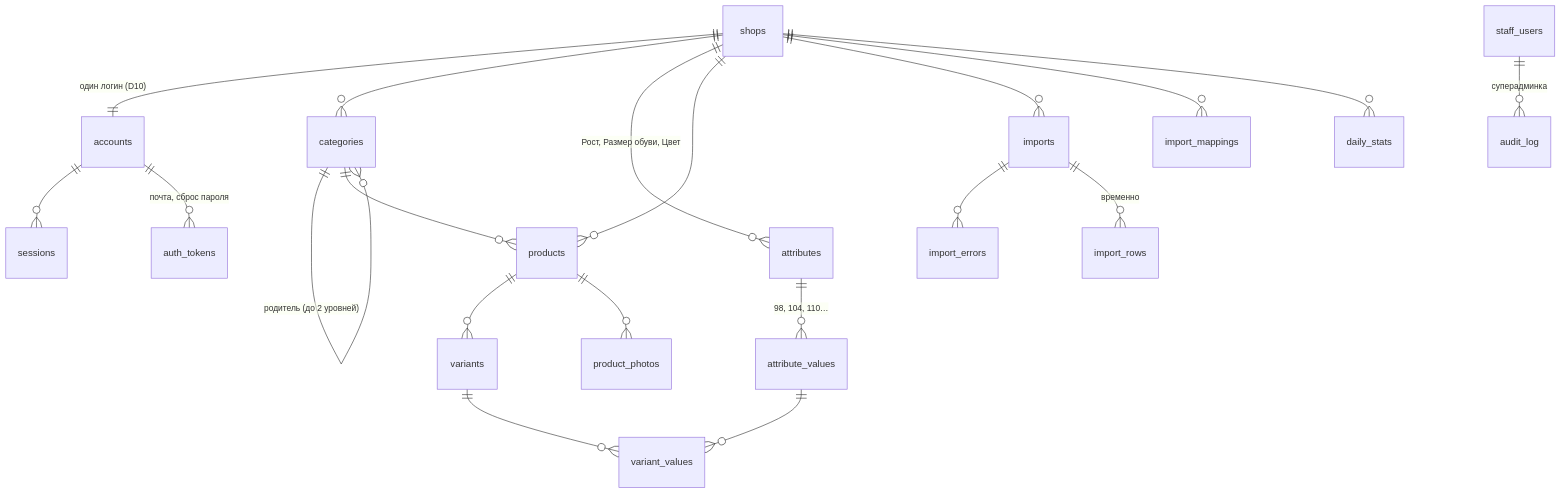
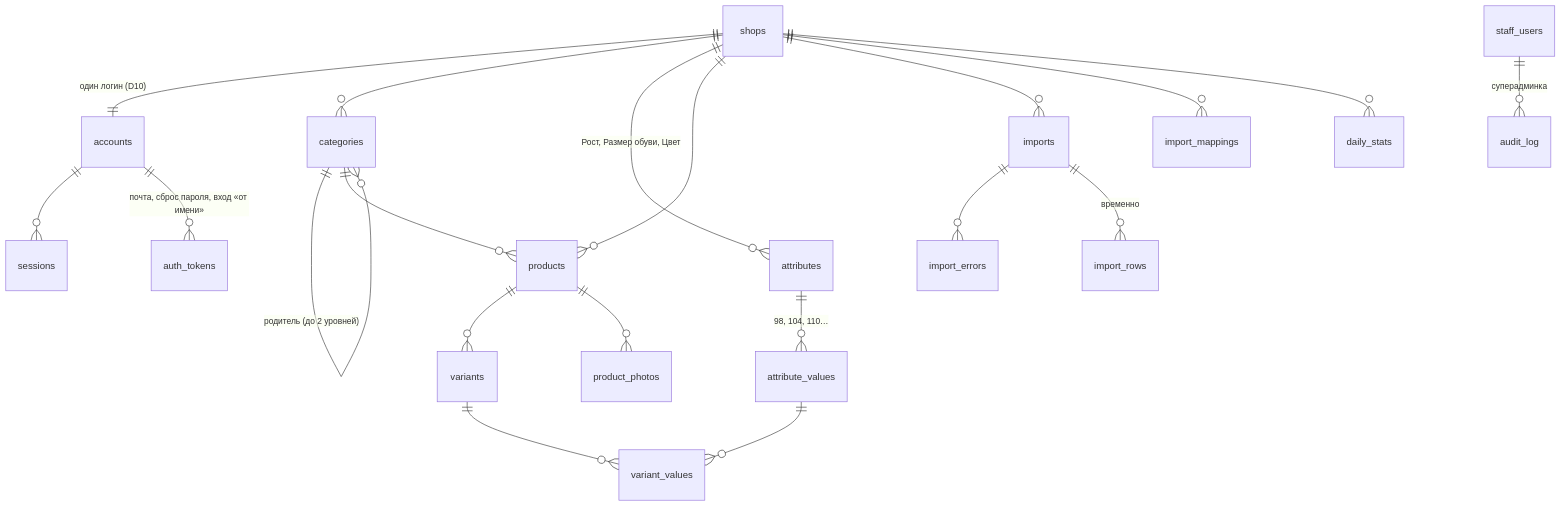
The diagram in docs/02-architecture/data-model.md (Sling-J/catalog-online), drawn with Mermaid before and after one commit. The commit also changed other lines of this file and 83 other files, not shown here.

````diff
--- a/docs/02-architecture/data-model.md
+++ b/docs/02-architecture/data-model.md
@@ -24,22 +24,22 @@
 ```mermaid
 erDiagram
   shops ||--|| accounts : "один логин (D10)"
   accounts ||--o{ sessions : ""
-  accounts ||--o{ auth_tokens : "почта, сброс пароля"
+  accounts ||--o{ auth_tokens : "почта, сброс пароля, вход «от имени»"
   shops ||--o{ categories : ""
   categories ||--o{ categories : "родитель (до 2 уровней)"
   shops ||--o{ attributes : "Рост, Размер обуви, Цвет"
   attributes ||--o{ attribute_values : "98, 104, 110…"
   shops ||--o{ products : ""
   categories ||--o{ products : ""
   products ||--o{ variants : ""
   variants ||--o{ variant_values : ""
   attribute_values ||--o{ variant_values : ""
   products ||--o{ product_photos : ""
   shops ||--o{ imports : ""
   shops ||--o{ import_mappings : ""
   imports ||--o{ import_errors : ""
   imports ||--o{ import_rows : "временно"
   shops ||--o{ daily_stats : ""
   staff_users ||--o{ audit_log : "суперадминка"
 ```
````
